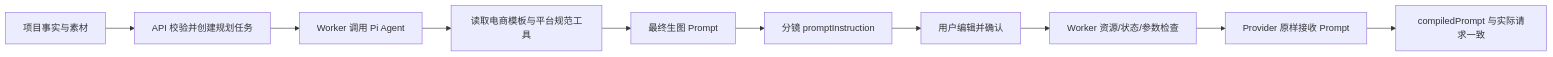
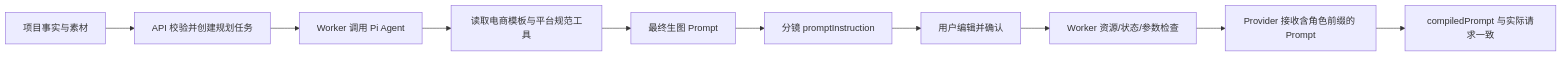
Before and after one commit to linbei0/EcomGen: the diagram in ARCHITECTURE.md, drawn with Mermaid. The commit also changed other lines of this file and 25 other files, not shown here.

````diff
--- a/ARCHITECTURE.md
+++ b/ARCHITECTURE.md
@@ -9,12 +9,12 @@
 ```mermaid
 flowchart LR
   A[项目事实与素材] --> B[API 校验并创建规划任务]
   B --> C[Worker 调用 Pi Agent]
   C --> D[读取电商模板与平台规范工具]
   D --> E[最终生图 Prompt]
   E --> F[分镜 promptInstruction]
   F --> G[用户编辑并确认]
   G --> H[Worker 资源/状态/参数检查]
-  H --> I[Provider 原样接收 Prompt]
+  H --> I[Provider 接收含角色前缀的 Prompt]
   I --> J[compiledPrompt 与实际请求一致]
 ```
````
